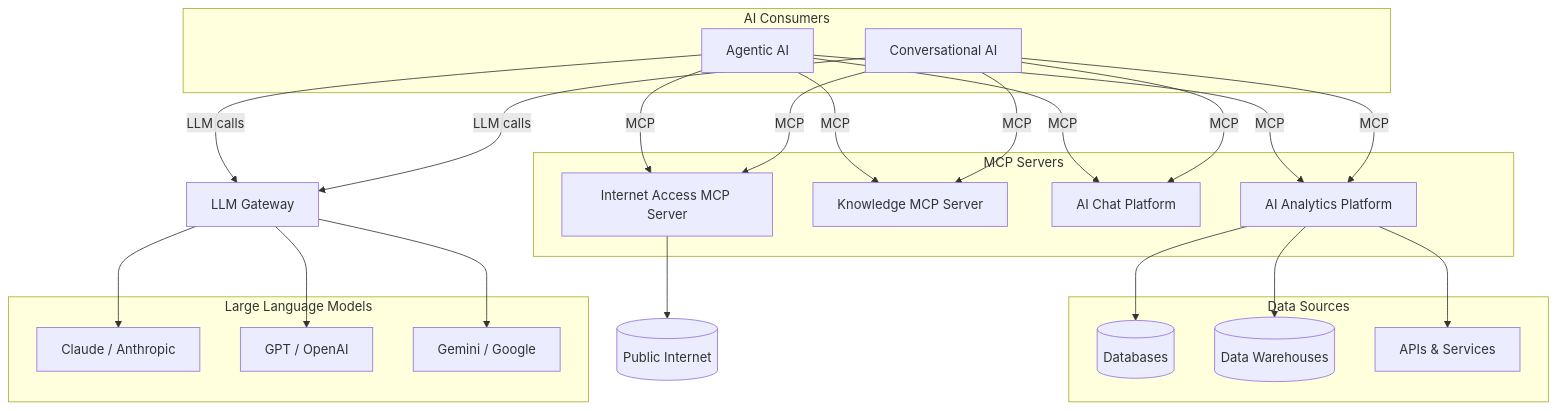
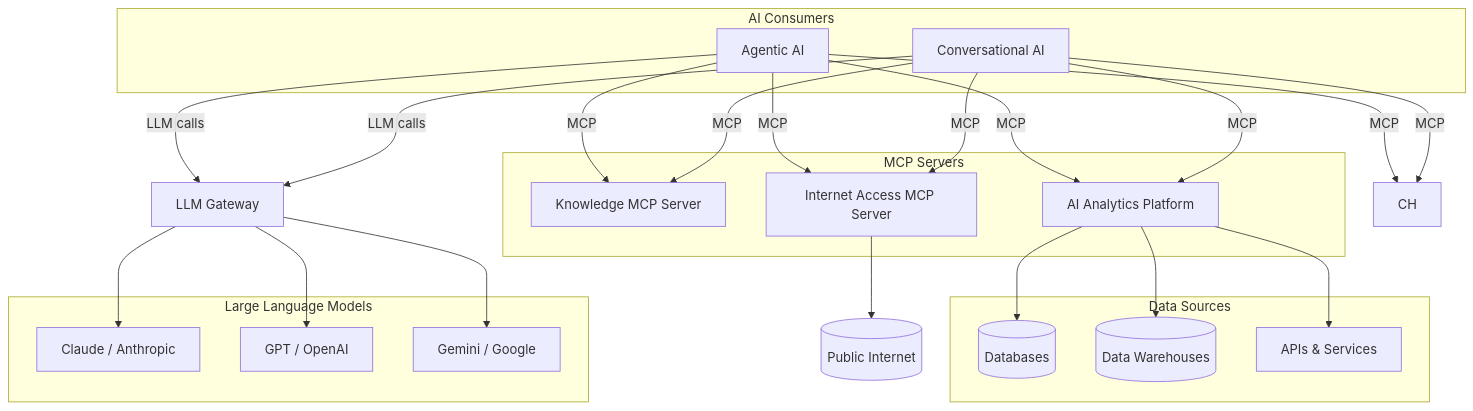
One commit to M-A-Operating-System/shared-work changed the diagram in README.md. Above: the diagram before and after it, drawn with Mermaid.

````diff
--- a/README.md
+++ b/README.md
@@ -39,55 +39,54 @@
 ```mermaid
 flowchart TB
     subgraph Consumers["AI Consumers"]
         AgAI[Agentic AI]
         ConvAI[Conversational AI]
     end
 
     subgraph MCPServers["MCP Servers"]
+        KN[Knowledge MCP Server]
         AN[AI Analytics Platform]
-        KN[Knowledge MCP Server]
-        CH[AI Chat Platform]
         IN[Internet Access MCP Server]
     end
 
     subgraph DataSources["Data Sources"]
         DB[(Databases)]
         DW[(Data Warehouses)]
         API[APIs & Services]
     end
 
     WEB[("Public Internet")]
 
     GW[LLM Gateway]
 
     subgraph LLMPool["Large Language Models"]
         L1[Claude / Anthropic]
         L2[GPT / OpenAI]
         L3[Gemini / Google]
     end
 
     AN --> DB
     AN --> DW
     AN --> API
     IN --> WEB
     GW --> L1
     GW --> L2
     GW --> L3
 
     click AN href "docs/product/analytics/01-overview.md"
     click KN href "docs/product/knowledge/01-overview.md"
     click CH href "docs/product/assistant/01-overview.md"
     click IN href "docs/product/internet/01-overview.md"
     click ConvAI href "docs/product/assistant/01-overview.md"
 
     AgAI -->|MCP| AN
     AgAI -->|MCP| KN
     AgAI -->|MCP| CH
     AgAI -->|MCP| IN
     AgAI -->|LLM calls| GW
     ConvAI -->|MCP| AN
     ConvAI -->|MCP| KN
     ConvAI -->|MCP| CH
     ConvAI -->|MCP| IN
     ConvAI -->|LLM calls| GW
 ```
````
